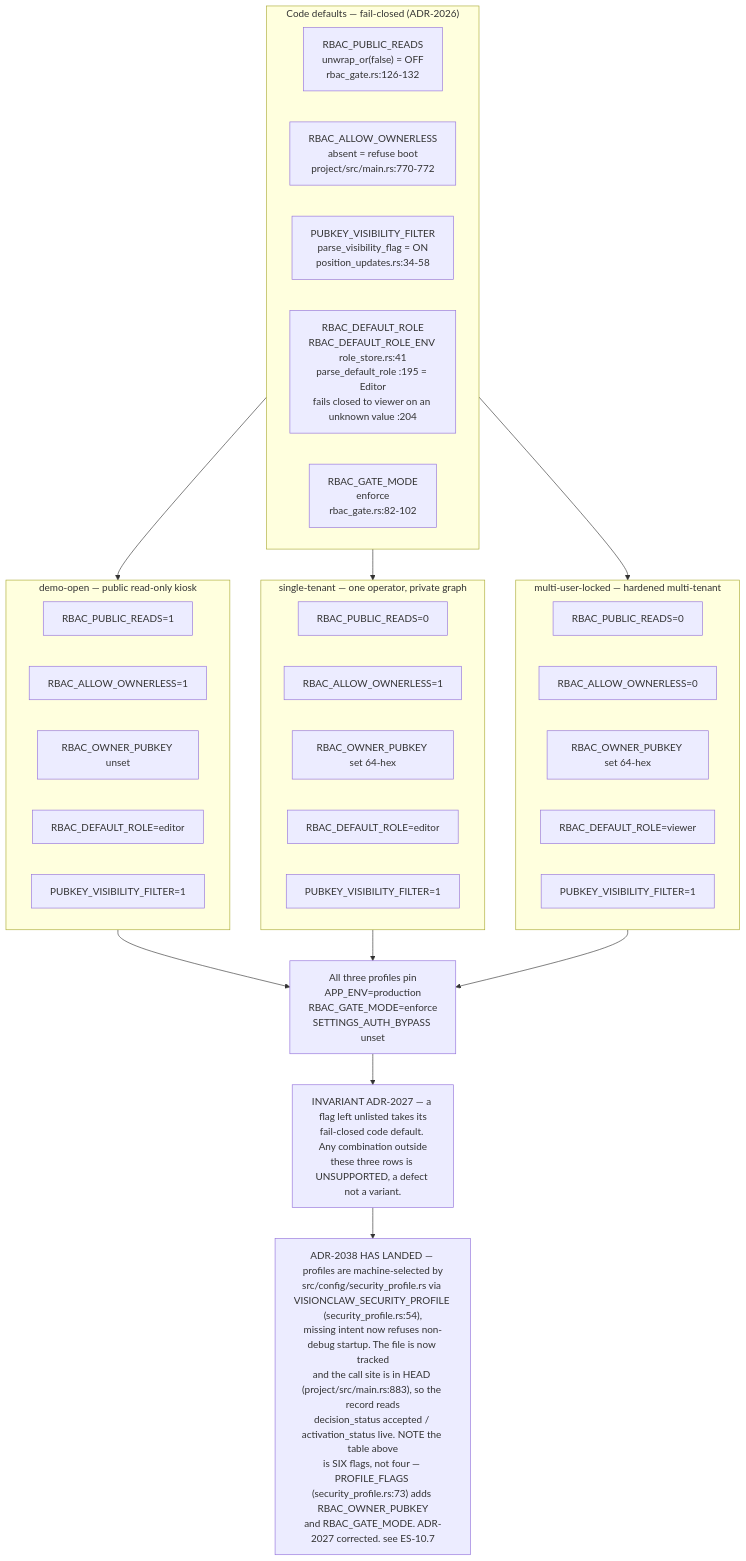
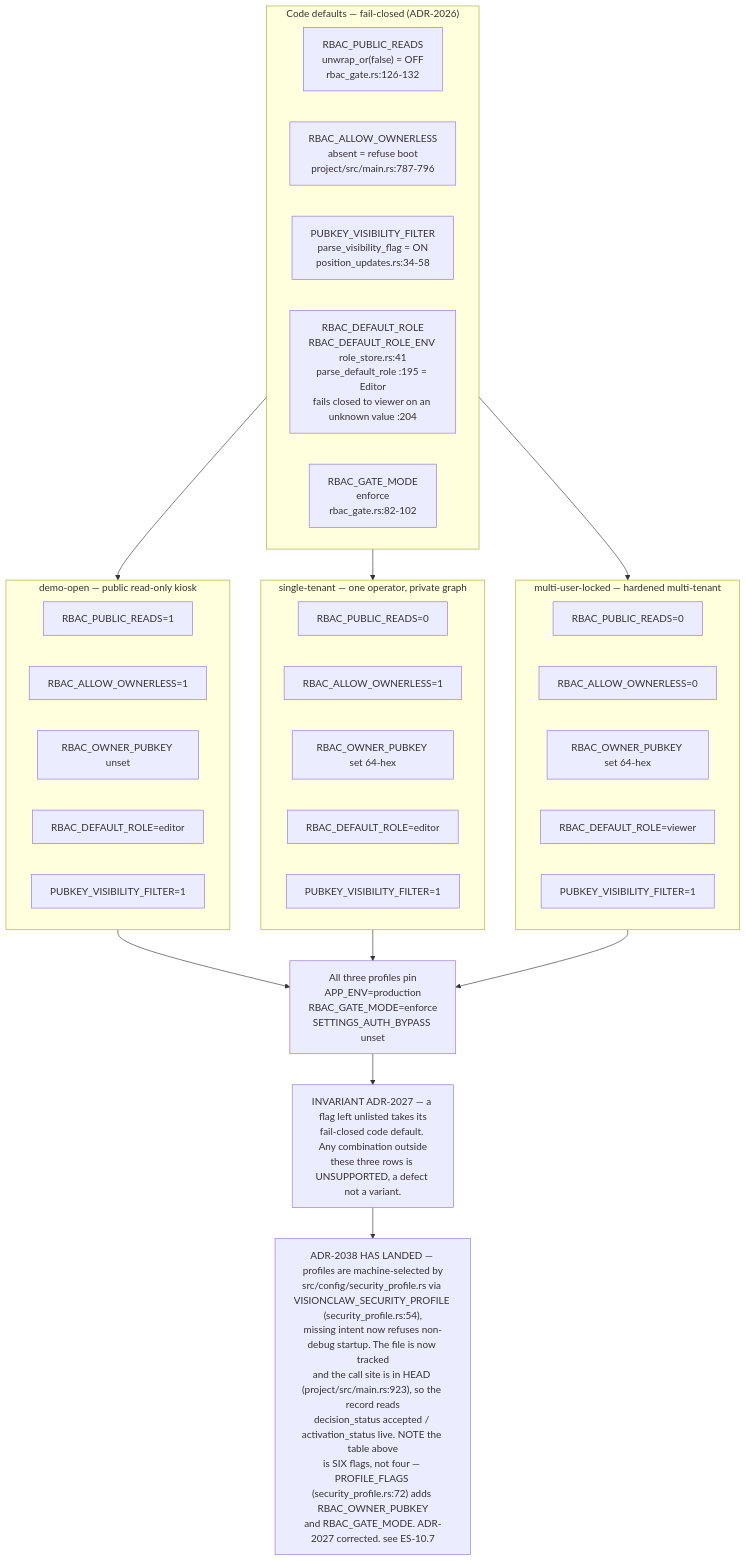
One commit to DreamLab-AI/VisionFlow changed the first of 10 diagrams in docs/diagrams/estate/10-deployment-and-security-profiles.md. Above: the diagram before and after it, drawn with Mermaid. The commit also changed other lines of this file and 136 other files, not shown here.

First line of the commit message:
docs(diagrams): refresh the whole corpus to code HEAD and prune low-value diagrams

````diff
--- a/docs/diagrams/estate/10-deployment-and-security-profiles.md
+++ b/docs/diagrams/estate/10-deployment-and-security-profiles.md
@@ -41,43 +41,43 @@
 ```mermaid
 flowchart TB
     subgraph code["Code defaults — fail-closed (ADR-2026)"]
         CD1["RBAC_PUBLIC_READS<br/>unwrap_or(false) = OFF<br/>rbac_gate.rs:126-132"]
-        CD2["RBAC_ALLOW_OWNERLESS<br/>absent = refuse boot<br/>project/src/main.rs:770-772"]
+        CD2["RBAC_ALLOW_OWNERLESS<br/>absent = refuse boot<br/>project/src/main.rs:787-796"]
         CD3["PUBKEY_VISIBILITY_FILTER<br/>parse_visibility_flag = ON<br/>position_updates.rs:34-58"]
         CD4["RBAC_DEFAULT_ROLE<br/>RBAC_DEFAULT_ROLE_ENV role_store.rs:41<br/>parse_default_role :195 = Editor<br/>fails closed to viewer on an unknown value :204"]
         CD5["RBAC_GATE_MODE<br/>enforce<br/>rbac_gate.rs:82-102"]
     end
     subgraph demo["demo-open — public read-only kiosk"]
         D1["RBAC_PUBLIC_READS=1"]
         D2["RBAC_ALLOW_OWNERLESS=1"]
         D3["RBAC_OWNER_PUBKEY unset"]
         D4["RBAC_DEFAULT_ROLE=editor"]
         D5["PUBKEY_VISIBILITY_FILTER=1"]
     end
     subgraph single["single-tenant — one operator, private graph"]
         S1["RBAC_PUBLIC_READS=0"]
         S2["RBAC_ALLOW_OWNERLESS=1"]
         S3["RBAC_OWNER_PUBKEY set 64-hex"]
         S4["RBAC_DEFAULT_ROLE=editor"]
         S5["PUBKEY_VISIBILITY_FILTER=1"]
     end
     subgraph locked["multi-user-locked — hardened multi-tenant"]
         L1["RBAC_PUBLIC_READS=0"]
         L2["RBAC_ALLOW_OWNERLESS=0"]
         L3["RBAC_OWNER_PUBKEY set 64-hex"]
         L4["RBAC_DEFAULT_ROLE=viewer"]
         L5["PUBKEY_VISIBILITY_FILTER=1"]
     end
     ALL["All three profiles pin<br/>APP_ENV=production<br/>RBAC_GATE_MODE=enforce<br/>SETTINGS_AUTH_BYPASS unset"]
     INV["INVARIANT ADR-2027 — a flag left unlisted takes its<br/>fail-closed code default. Any combination outside<br/>these three rows is UNSUPPORTED, a defect not a variant."]
-    DRIFT["ADR-2038 HAS LANDED — profiles are machine-selected by<br/>src/config/security_profile.rs via VISIONCLAW_SECURITY_PROFILE (security_profile.rs:54),<br/>missing intent now refuses non-debug startup. The file is now tracked<br/>and the call site is in HEAD (project/src/main.rs:883), so the record reads<br/>decision_status accepted / activation_status live. NOTE the table above<br/>is SIX flags, not four — PROFILE_FLAGS (security_profile.rs:73) adds RBAC_OWNER_PUBKEY<br/>and RBAC_GATE_MODE. ADR-2027 corrected. see ES-10.7"]
+    DRIFT["ADR-2038 HAS LANDED — profiles are machine-selected by<br/>src/config/security_profile.rs via VISIONCLAW_SECURITY_PROFILE (security_profile.rs:54),<br/>missing intent now refuses non-debug startup. The file is now tracked<br/>and the call site is in HEAD (project/src/main.rs:923), so the record reads<br/>decision_status accepted / activation_status live. NOTE the table above<br/>is SIX flags, not four — PROFILE_FLAGS (security_profile.rs:72) adds RBAC_OWNER_PUBKEY<br/>and RBAC_GATE_MODE. ADR-2027 corrected. see ES-10.7"]
 
     code --> demo
     code --> single
     code --> locked
     demo --> ALL
     single --> ALL
     locked --> ALL
     ALL --> INV
     INV --> DRIFT
 ```
````
